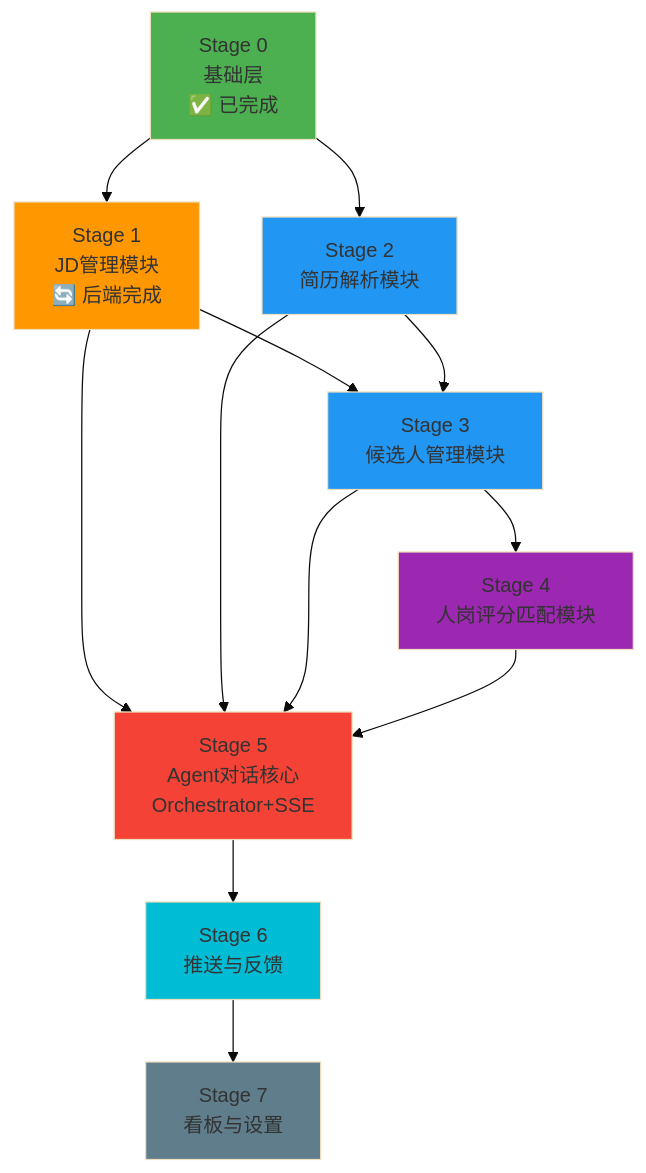
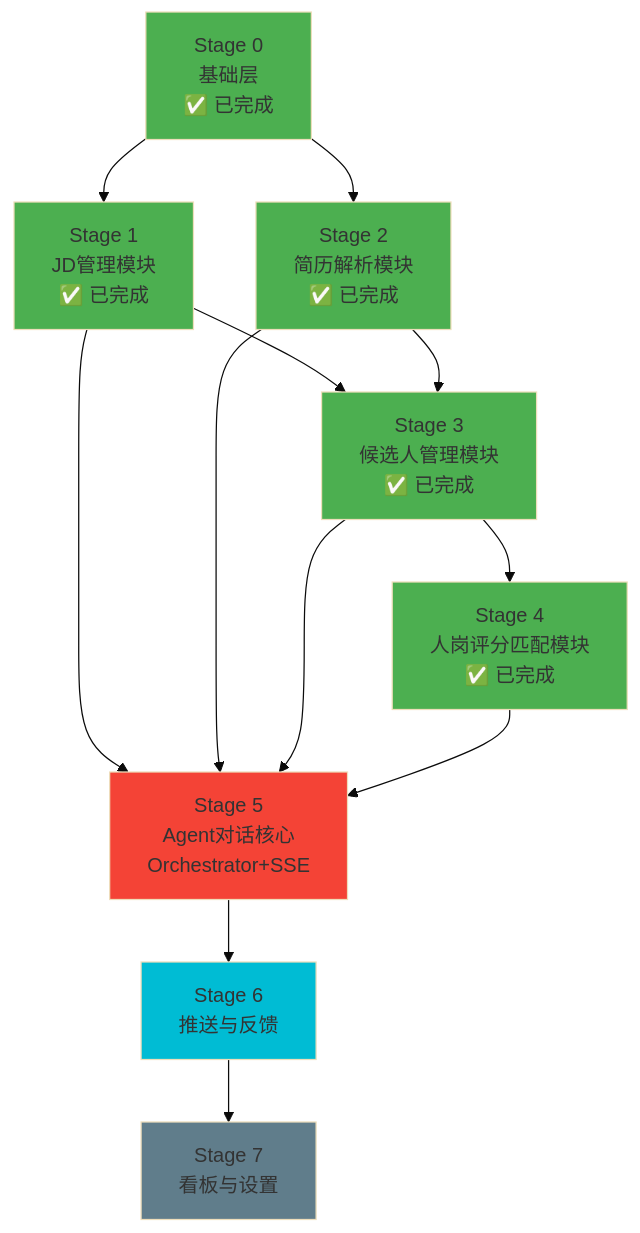
One commit to summertime-yy/recruitment-agent-2.0 changed the diagram in docs/development-roadmap.md. Above: the diagram before and after it, drawn with Mermaid (base theme). The commit also changed other lines of this file and 2 other files, not shown here.

Commit message:
chore: pre-stage5 cleanup — drop legacy page and sync roadmap
- 删除无路由引用的旧版 ResumeWorkspace.tsx 占位页

- development-roadmap.md：Stage 1-4 状态标注对齐 HANDOFF（已完成）

- HANDOFF.md：记录 raw_text[:3000] 截断待 Stage 5 前评估放宽（仅记录不改代码）

````diff
--- a/docs/development-roadmap.md
+++ b/docs/development-roadmap.md
@@ -56,31 +56,31 @@
 ```mermaid
 graph TB
     S0[Stage 0<br/>基础层<br/>✅ 已完成]
-    S1[Stage 1<br/>JD管理模块<br/>🔄 后端完成]
-    S2[Stage 2<br/>简历解析模块]
-    S3[Stage 3<br/>候选人管理模块]
-    S4[Stage 4<br/>人岗评分匹配模块]
+    S1[Stage 1<br/>JD管理模块<br/>✅ 已完成]
+    S2[Stage 2<br/>简历解析模块<br/>✅ 已完成]
+    S3[Stage 3<br/>候选人管理模块<br/>✅ 已完成]
+    S4[Stage 4<br/>人岗评分匹配模块<br/>✅ 已完成]
     S5[Stage 5<br/>Agent对话核心<br/>Orchestrator+SSE]
     S6[Stage 6<br/>推送与反馈]
     S7[Stage 7<br/>看板与设置]
 
     S0 --> S1
     S0 --> S2
     S1 --> S3
     S2 --> S3
     S3 --> S4
     S1 --> S5
     S2 --> S5
     S3 --> S5
     S4 --> S5
     S5 --> S6 --> S7
 
     style S0 fill:#4caf50
-    style S1 fill:#ff9800
-    style S2 fill:#2196f3
-    style S3 fill:#2196f3
-    style S4 fill:#9c27b0
+    style S1 fill:#4caf50
+    style S2 fill:#4caf50
+    style S3 fill:#4caf50
+    style S4 fill:#4caf50
     style S5 fill:#f44336
     style S6 fill:#00bcd4
     style S7 fill:#607d8b
 ```
````
